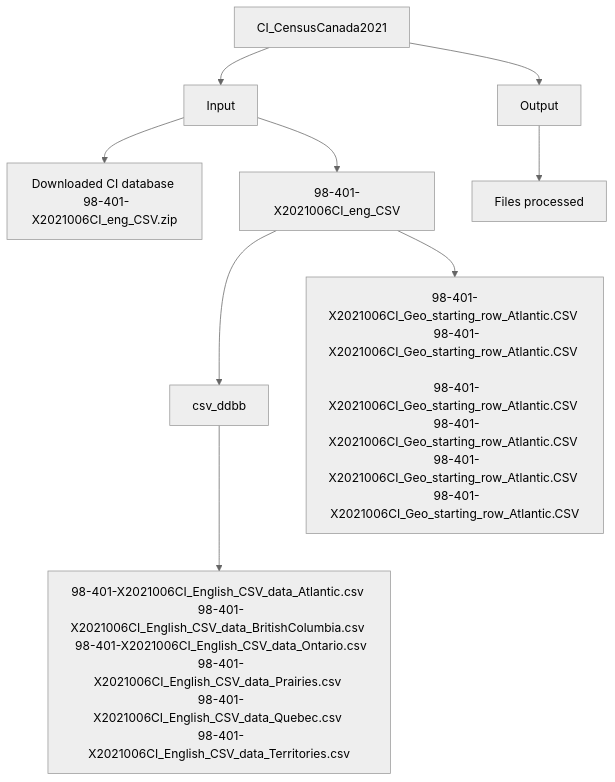
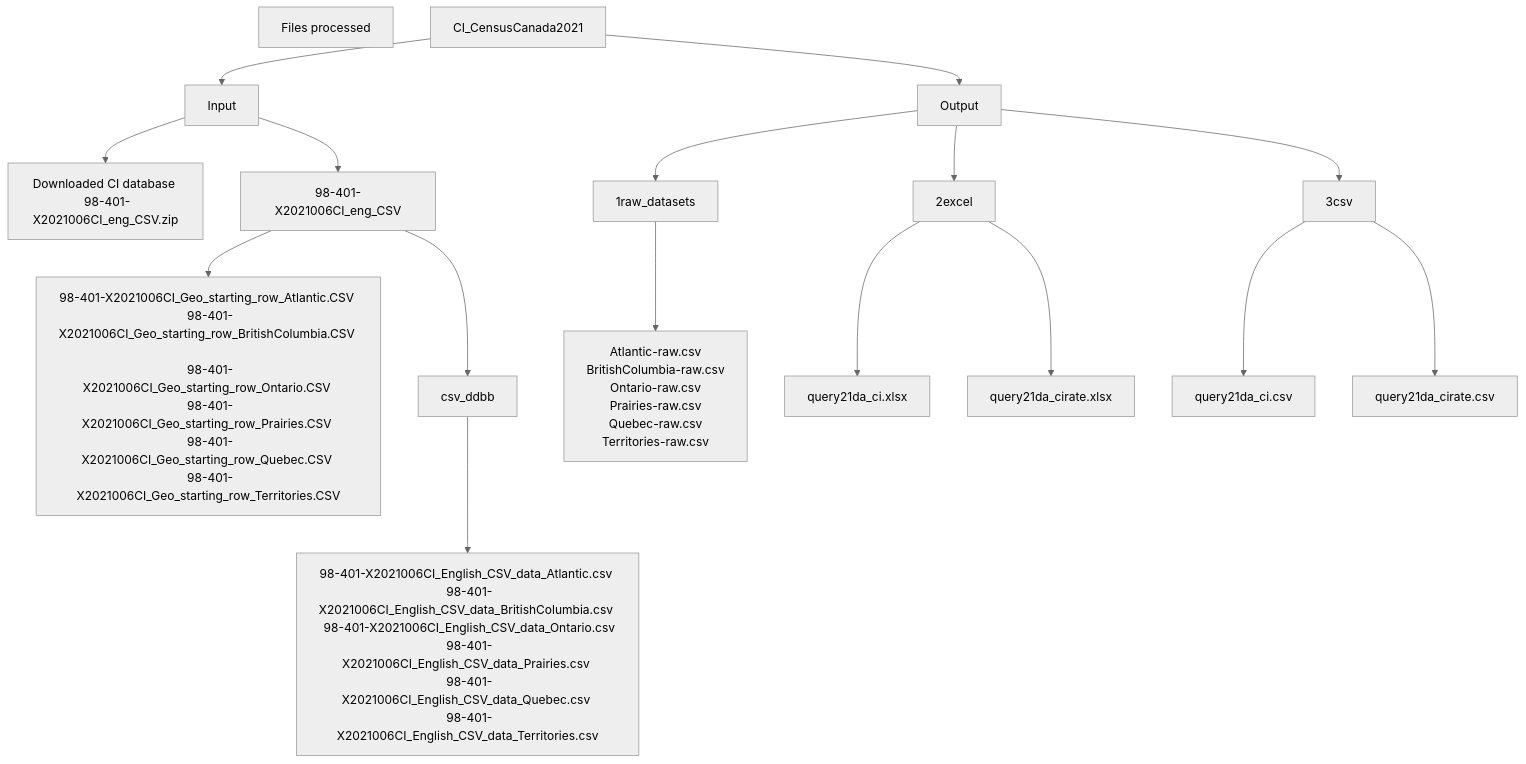
The diagram in README.md (bwcastillo/CI_CensusCanada2021), drawn with Mermaid (neutral theme) before and after one commit. The commit also changed other lines of this file, not shown here.

````diff
--- a/README.md
+++ b/README.md
@@ -38,15 +50,22 @@
 ```mermaid
 graph TD
   database[Downloaded CI database \n 98-401-X2021006CI_eng_CSV.zip]
   files[Files processed]
-  georows[98-401-X2021006CI_Geo_starting_row_Atlantic.CSV \n 98-401-X2021006CI_Geo_starting_row_Atlantic.CSV  \n 98-401-X2021006CI_Geo_starting_row_Atlantic.CSV \n 98-401-X2021006CI_Geo_starting_row_Atlantic.CSV \n 98-401-X2021006CI_Geo_starting_row_Atlantic.CSV \n 98-401-X2021006CI_Geo_starting_row_Atlantic.CSV]
+  georows[98-401-X2021006CI_Geo_starting_row_Atlantic.CSV \n 98-401-X2021006CI_Geo_starting_row_BritishColumbia.CSV  \n 98-401-X2021006CI_Geo_starting_row_Ontario.CSV \n 98-401-X2021006CI_Geo_starting_row_Prairies.CSV \n 98-401-X2021006CI_Geo_starting_row_Quebec.CSV \n 98-401-X2021006CI_Geo_starting_row_Territories.CSV]
   csvdatabase[98-401-X2021006CI_English_CSV_data_Atlantic.csv \n 98-401-X2021006CI_English_CSV_data_BritishColumbia.csv \n 98-401-X2021006CI_English_CSV_data_Ontario.csv\n 98-401-X2021006CI_English_CSV_data_Prairies.csv \n 98-401-X2021006CI_English_CSV_data_Quebec.csv \n 98-401-X2021006CI_English_CSV_data_Territories.csv]
   CI_CensusCanada2021-->Input
   Input-->database
   Input-->98-401-X2021006CI_eng_CSV
   98-401-X2021006CI_eng_CSV-->csv_ddbb
   98-401-X2021006CI_eng_CSV-->georows
   csv_ddbb-->csvdatabase
   CI_CensusCanada2021-->Output
-  Output-->files
+  Output-->1raw_datasets
+  1raw_datasets-->Atlantic-raw.csv\nBritishColumbia-raw.csv\nOntario-raw.csv\nPrairies-raw.csv\nQuebec-raw.csv\nTerritories-raw.csv
+  Output-->2excel
+  2excel-->query21da_ci.xlsx
+  2excel-->query21da_cirate.xlsx
+  Output-->3csv
+  3csv-->query21da_ci.csv
+  3csv-->query21da_cirate.csv
 ```
````
